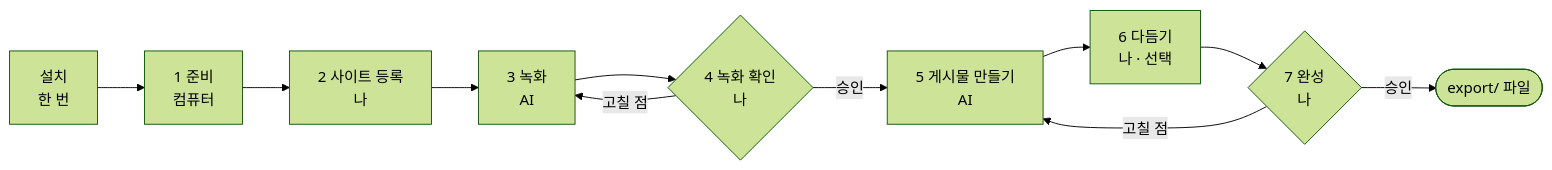
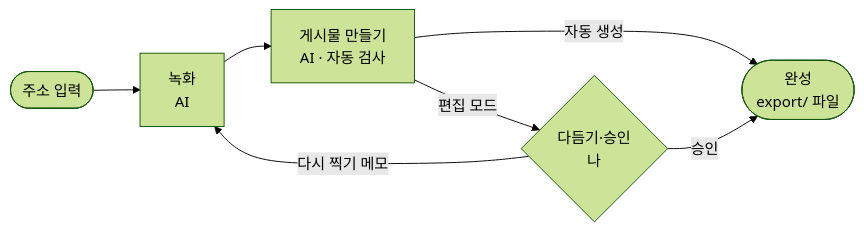
One commit to tadkim/ai-url-to-feed changed the diagram in docs/getting-started.md. Above: the diagram before and after it, drawn with Mermaid (forest theme). The commit also changed other lines of this file and 30 other files, not shown here.

````diff
--- a/docs/getting-started.md
+++ b/docs/getting-started.md
@@ -9,8 +18,8 @@
 ```mermaid
 flowchart LR
-  I[설치<br>한 번] --> S1[1 준비<br>컴퓨터] --> S2[2 사이트 등록<br>나] --> S3[3 녹화<br>AI] --> S4{4 녹화 확인<br>나}
-  S4 -- 고칠 점 --> S3
-  S4 -- 승인 --> S5[5 게시물 만들기<br>AI] --> S6[6 다듬기<br>나 · 선택] --> S7{7 완성<br>나}
-  S7 -- 고칠 점 --> S5
-  S7 -- 승인 --> D([export/ 파일])
+  U([주소 입력]) --> R[녹화<br>AI] --> M[게시물 만들기<br>AI · 자동 검사]
+  M -- 자동 생성 --> D([완성<br>export/ 파일])
+  M -- 편집 모드 --> T{다듬기·승인<br>나}
+  T -- 승인 --> D
+  T -- 다시 찍기 메모 --> R
 ```
````
